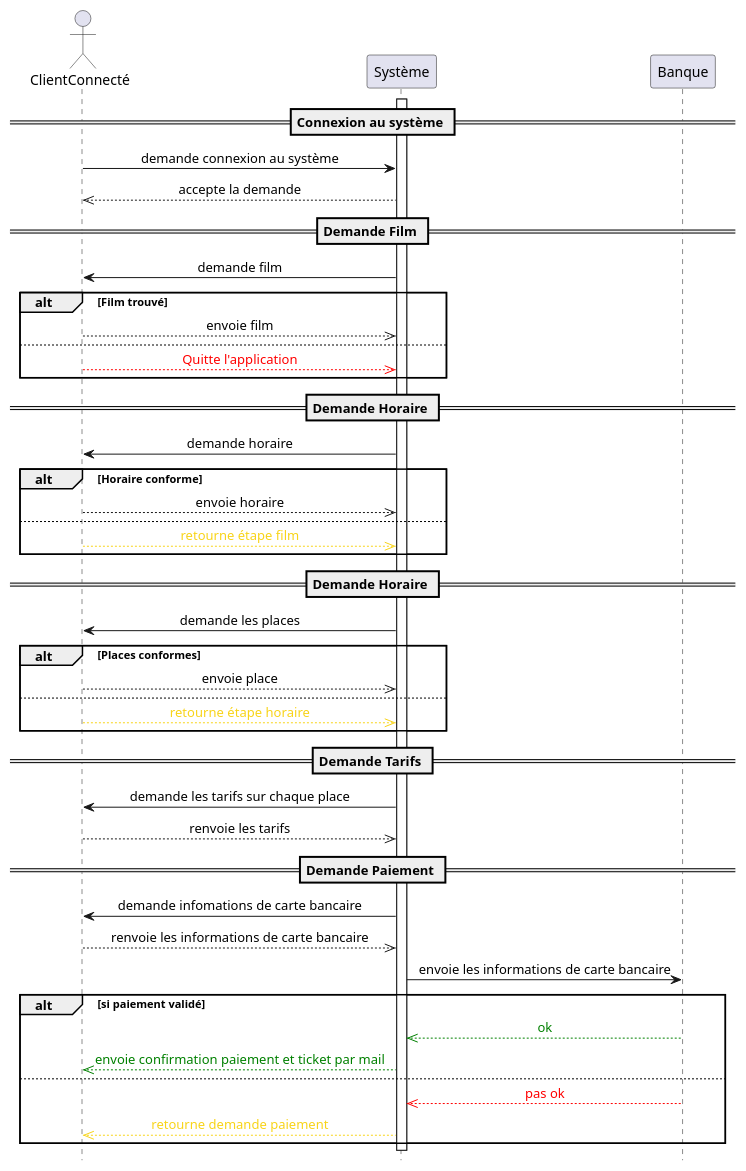
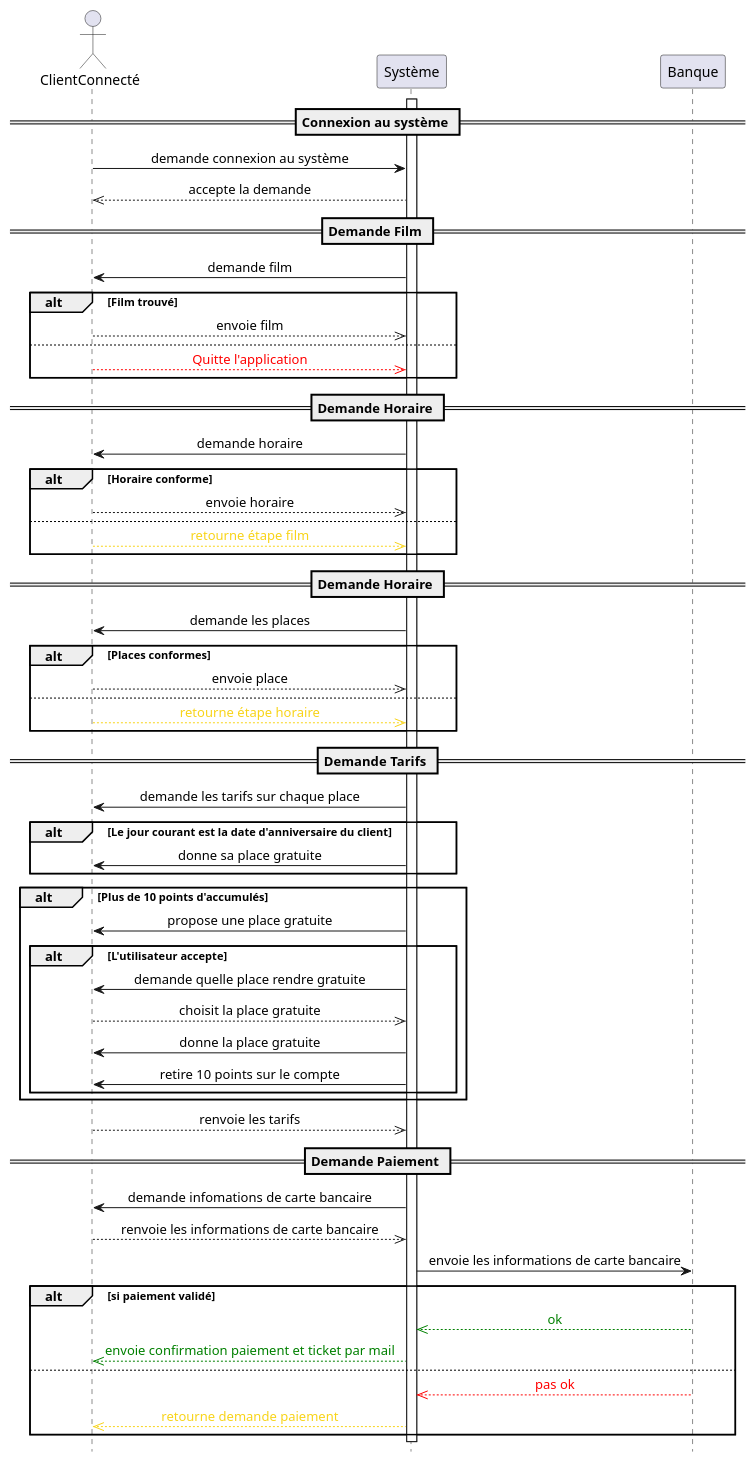
Before and after one commit to AquaBx/omd-tp-1: the diagram in uml/code/2-diagrammeSéquence3.puml, drawn with PlantUML. The commit also changed 5 other files, not shown here.

```diff
--- a/uml/code/2-diagrammeSéquence3.puml
+++ b/uml/code/2-diagrammeSéquence3.puml
@@ -1,68 +1,81 @@
-@startuml RéservationSéance
-
+@startuml
 hide footbox
 skinparam sequenceMessageAlign center
 
 actor ClientConnecté
 participant Système
 
 
 Activate Système
 
 == Connexion au système ==
 
 ClientConnecté -> Système : demande connexion au système
 ClientConnecté <<-- Système : accepte la demande
 
 == Demande Film ==
 
 ClientConnecté <- Système : demande film
 
 alt Film trouvé 
     ClientConnecté -->> Système : envoie film
 else 
     ClientConnecté --[#red]>> Système : <font color="#ff0000">Quitte l'application</font>
 end
 
 == Demande Horaire ==
 
 ClientConnecté <- Système : demande horaire
 
 alt Horaire conforme
     ClientConnecté -->> Système : envoie horaire
 else 
     ClientConnecté --[#f8d419]>> Système : <font color="#f8d419">retourne étape film</font>
 end
 
 == Demande Horaire ==
 
 ClientConnecté <- Système : demande les places
 
 alt Places conformes 
     ClientConnecté -->> Système : envoie place
 else 
     ClientConnecté --[#f8d419]>> Système : <font color="#f8d419">retourne étape horaire</font>
 end
 
 == Demande Tarifs ==
 
 ClientConnecté <- Système : demande les tarifs sur chaque place
+
+alt Le jour courant est la date d'anniversaire du client
+    ClientConnecté <- Système : donne sa place gratuite
+end
+
+alt Plus de 10 points d'accumulés
+    ClientConnecté <- Système : propose une place gratuite
+    alt L'utilisateur accepte
+        ClientConnecté <- Système : demande quelle place rendre gratuite
+        ClientConnecté -->> Système : choisit la place gratuite
+        ClientConnecté <- Système : donne la place gratuite
+        ClientConnecté <- Système : retire 10 points sur le compte
+    end
+end
+
 ClientConnecté -->> Système : renvoie les tarifs
 
 == Demande Paiement ==
 
 ClientConnecté <- Système : demande infomations de carte bancaire
 ClientConnecté -->> Système : renvoie les informations de carte bancaire
 "Système" -> Banque : envoie les informations de carte bancaire
 
 alt si paiement validé
     "Système" <<[#green]-- Banque : <font color="green">ok</font>
     ClientConnecté <<[#green]-- Système : <font color="green">envoie confirmation paiement et ticket par mail</font>
 else 
     "Système" <<[#red]-- Banque : <font color="#ff0000">pas ok</font>
     ClientConnecté <<[#f8d419]-- "Système" : <font color="#f8d419">retourne demande paiement</font>
 end
 
 Deactivate Système
-
 @enduml
```
